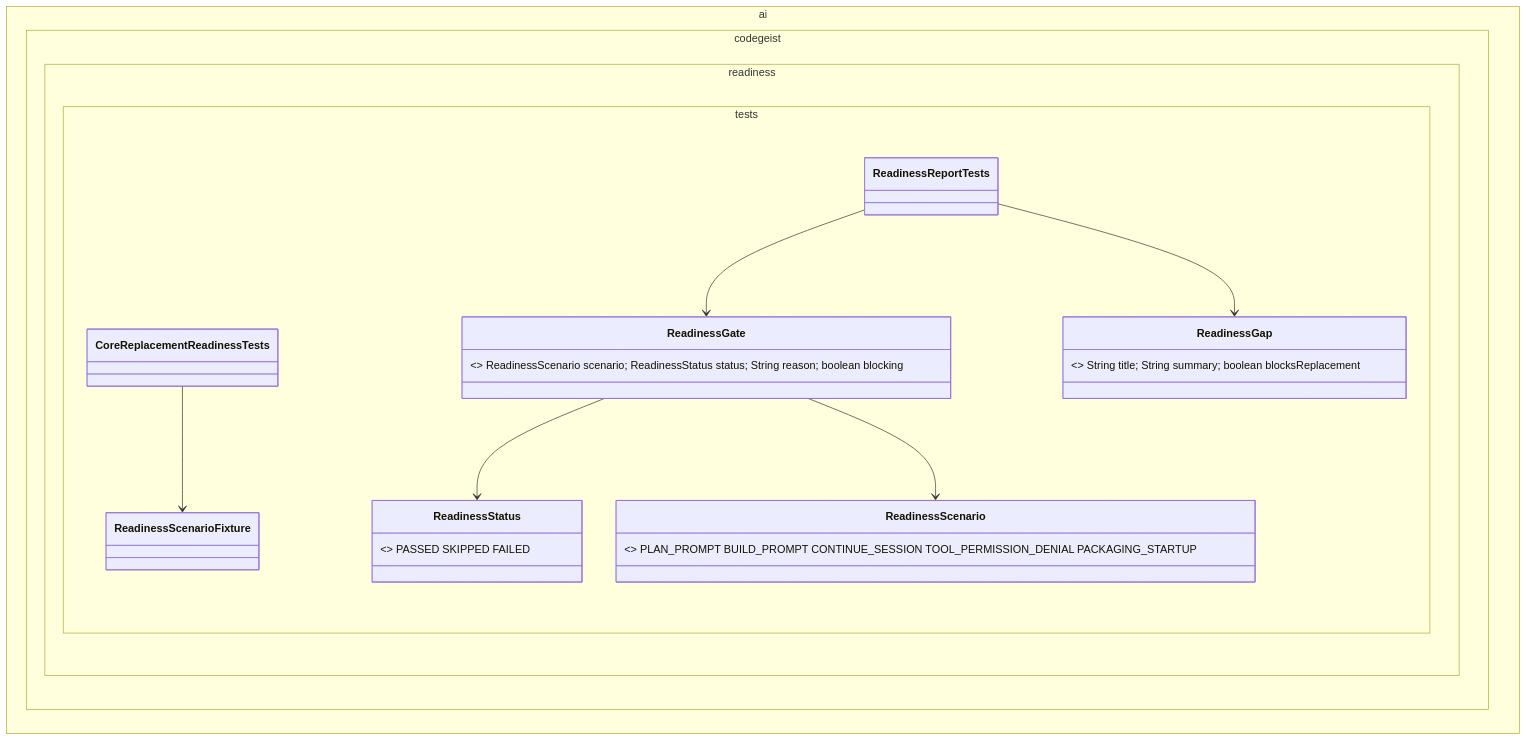
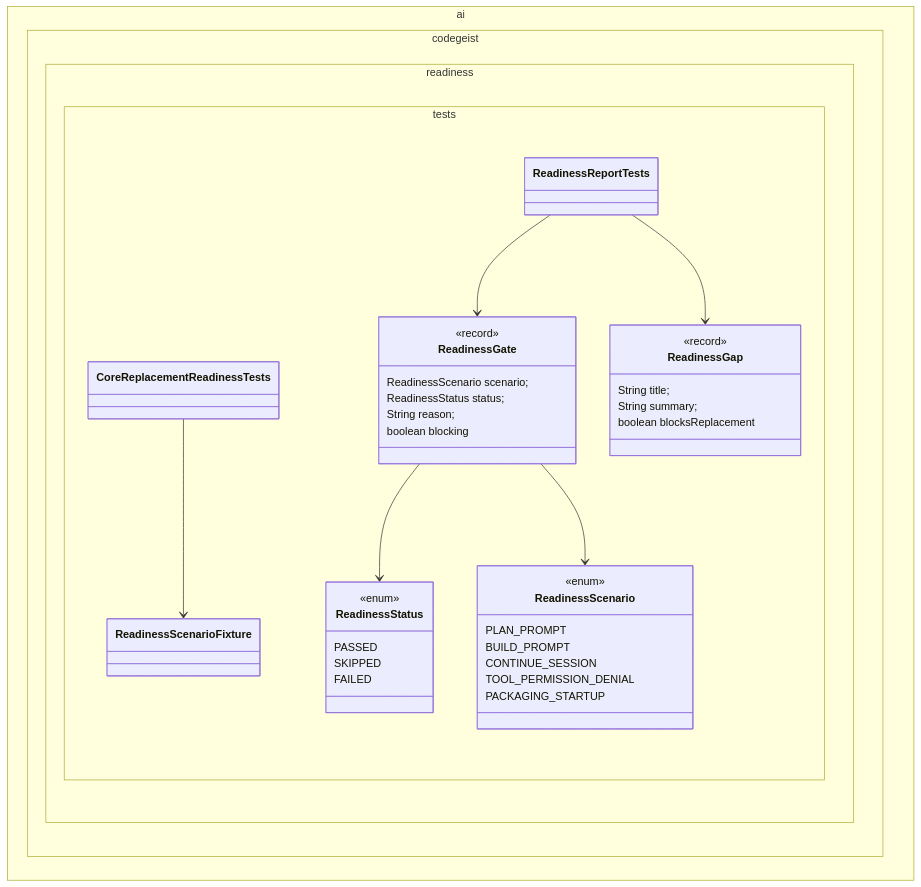
Before and after one commit to codegeist-ai/codegeist: the diagram in docs/developer/implementation/core-replacement-readiness-validation.md, drawn with Mermaid. The commit also changed 17 other files, not shown here.

First line of the commit message:
docs(diagrams): format Mermaid class bodies

````diff
--- a/docs/developer/implementation/core-replacement-readiness-validation.md
+++ b/docs/developer/implementation/core-replacement-readiness-validation.md
@@ -27,18 +27,41 @@
 ```mermaid
 classDiagram
     namespace ai.codegeist.readiness.tests {
         class CoreReplacementReadinessTests
         class ReadinessScenarioFixture
         class ReadinessReportTests
-        class ReadinessScenario { <<enum>> PLAN_PROMPT BUILD_PROMPT CONTINUE_SESSION TOOL_PERMISSION_DENIAL PACKAGING_STARTUP }
-        class ReadinessGate { <<record>> ReadinessScenario scenario; ReadinessStatus status; String reason; boolean blocking }
-        class ReadinessStatus { <<enum>> PASSED SKIPPED FAILED }
-        class ReadinessGap { <<record>> String title; String summary; boolean blocksReplacement }
+        class ReadinessScenario {
+          <<enum>>
+          PLAN_PROMPT
+          BUILD_PROMPT
+          CONTINUE_SESSION
+          TOOL_PERMISSION_DENIAL
+          PACKAGING_STARTUP
+        }
+        class ReadinessGate {
+          <<record>>
+          ReadinessScenario scenario;
+          ReadinessStatus status;
+          String reason;
+          boolean blocking
+        }
+        class ReadinessStatus {
+          <<enum>>
+          PASSED
+          SKIPPED
+          FAILED
+        }
+        class ReadinessGap {
+          <<record>>
+          String title;
+          String summary;
+          boolean blocksReplacement
+        }
     }
 
     CoreReplacementReadinessTests --> ReadinessScenarioFixture
     ReadinessReportTests --> ReadinessGate
     ReadinessReportTests --> ReadinessGap
     ReadinessGate --> ReadinessStatus
     ReadinessGate --> ReadinessScenario
 ```
````
